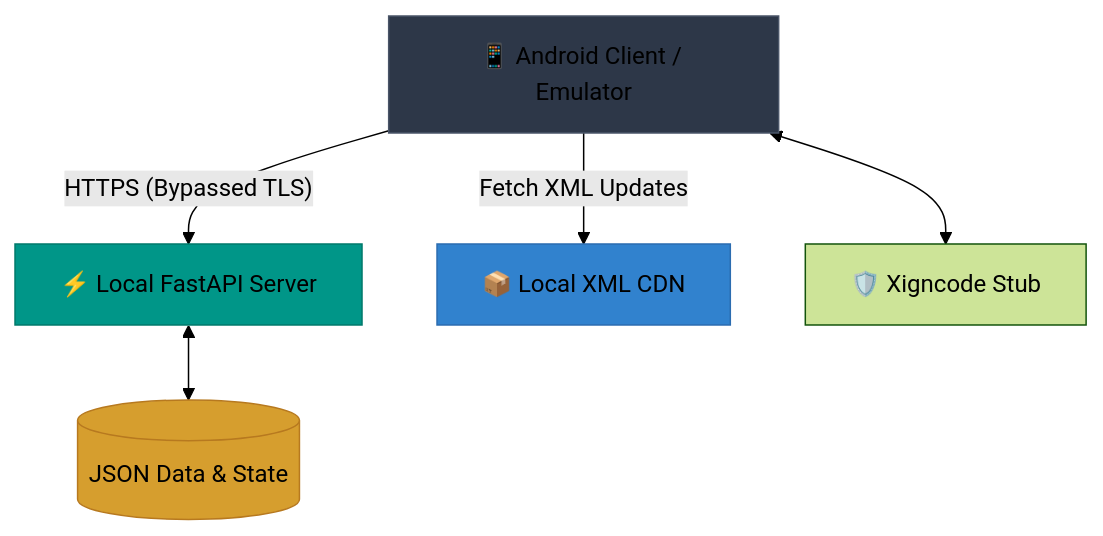
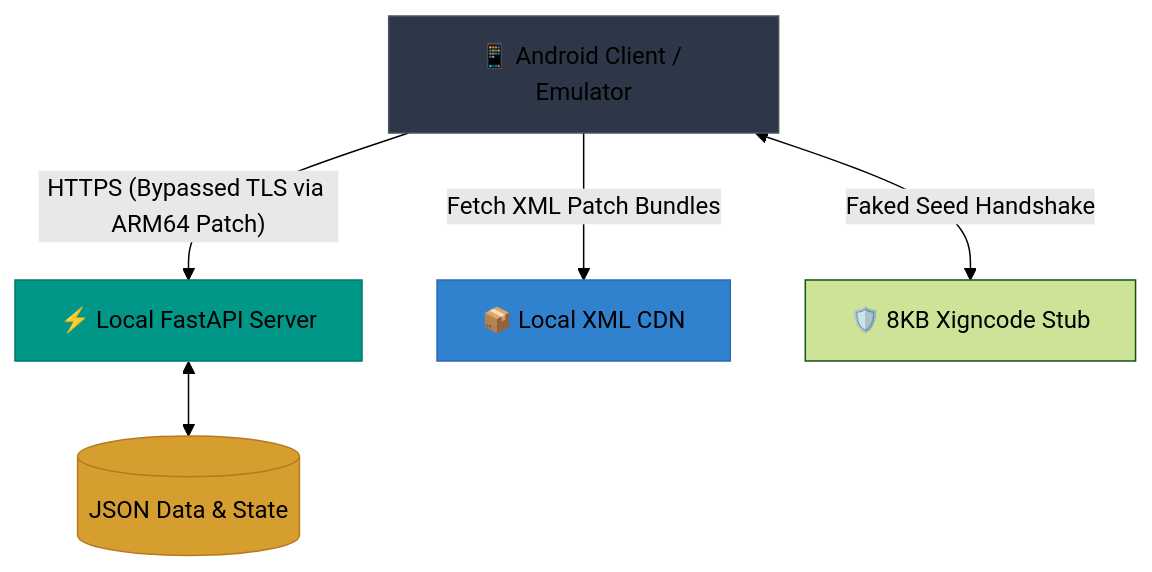
Before and after one commit to nowl-it/KingBugCastle: the diagram in README.md, drawn with Mermaid (forest theme). The commit also changed other lines of this file, not shown here.

Commit message:
docs: expand Architecture & Workflow section with detailed component breakdown

````diff
--- a/README.md
+++ b/README.md
@@ -50,18 +59,18 @@
 ```mermaid
 graph TD
     Client[📱 Android Client / Emulator]
     FastAPI[⚡ Local FastAPI Server]
     CDN[📦 Local XML CDN]
-    XIGNCODE[🛡️ Xigncode Stub]
+    XIGNCODE[🛡️ 8KB Xigncode Stub]
     Data[(JSON Data & State)]
 
-    Client -- "HTTPS (Bypassed TLS)" --> FastAPI
-    Client -- "Fetch XML Updates" --> CDN
+    Client -- "HTTPS (Bypassed TLS via ARM64 Patch)" --> FastAPI
+    Client -- "Fetch XML Patch Bundles" --> CDN
     FastAPI <--> Data
-    Client <--> XIGNCODE
+    Client <-->|"Faked Seed Handshake"| XIGNCODE
     
     style Client fill:#2D3748,stroke:#4A5568
     style FastAPI fill:#009688,stroke:#00796B
     style Data fill:#D69E2E,stroke:#B7791F
     style CDN fill:#3182CE,stroke:#2B6CB0
 ```
````
